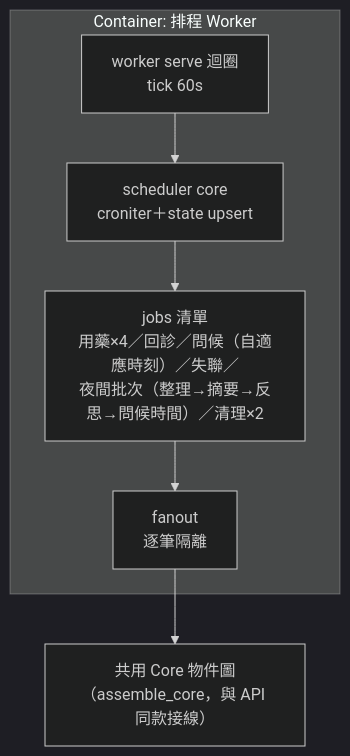
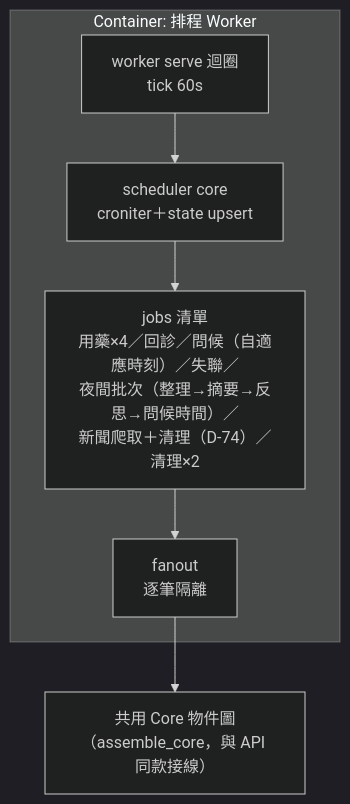
One commit to leo53021313/kinsun changed the fifth of 11 diagrams in docs/dev/05_架構與設計.md. Above: the diagram before and after it, drawn with Mermaid (dark theme). The commit also changed other lines of this file and 9 other files, not shown here.

````diff
--- a/docs/dev/05_架構與設計.md
+++ b/docs/dev/05_架構與設計.md
@@ -249,15 +249,15 @@
 ```mermaid
 flowchart TD
     subgraph container["Container: 排程 Worker"]
         loop["worker serve 迴圈<br/>tick 60s"]
         sched["scheduler core<br/>croniter＋state upsert"]
-        jobs["jobs 清單<br/>用藥×4／回診／問候（自適應時刻）／失聯／<br/>夜間批次（整理→摘要→反思→問候時間）／清理×2"]
+        jobs["jobs 清單<br/>用藥×4／回診／問候（自適應時刻）／失聯／<br/>夜間批次（整理→摘要→反思→問候時間）／<br/>新聞爬取＋清理（D-74）／清理×2"]
         fanout["fanout<br/>逐筆隔離"]
     end
     core["共用 Core 物件圖<br/>（assemble_core，與 API 同款接線）"]
 
     loop --> sched
     sched --> jobs
     jobs --> fanout
     fanout --> core
 ```
````
